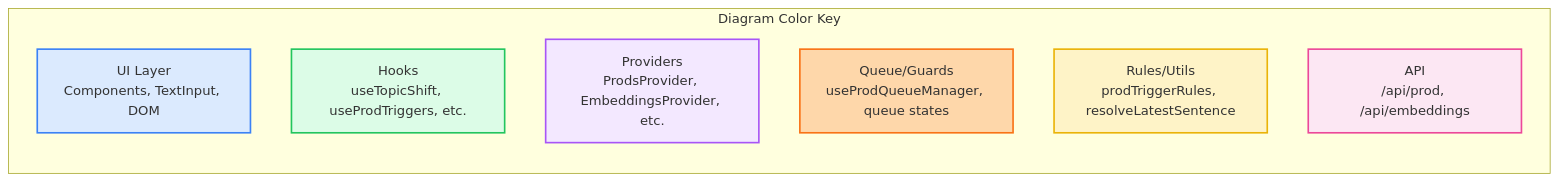
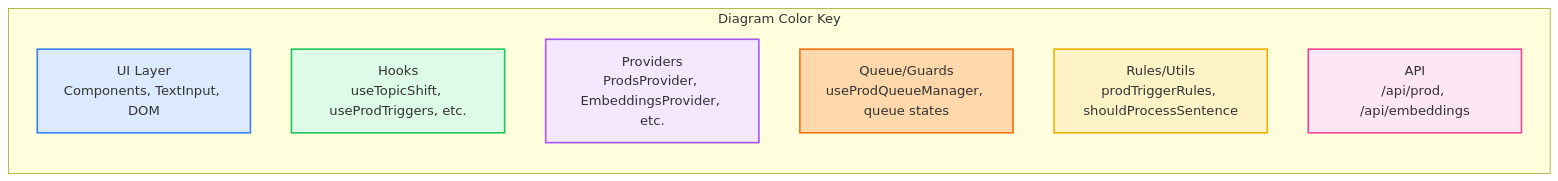
One commit to andreicstoica/refract changed the diagram in docs/diagrams/color-key.mmd. Above: the diagram before and after it, drawn with Mermaid. The commit also changed 4 other files, not shown here.

```diff
--- a/docs/diagrams/color-key.mmd
+++ b/docs/diagrams/color-key.mmd
@@ -1,17 +1,17 @@
 flowchart LR
   classDef uiClass fill:#dbeafe,stroke:#3b82f6,stroke-width:2px
   classDef hookClass fill:#dcfce7,stroke:#22c55e,stroke-width:2px
   classDef providerClass fill:#f3e8ff,stroke:#a855f7,stroke-width:2px
   classDef queueClass fill:#fed7aa,stroke:#f97316,stroke-width:2px
   classDef ruleClass fill:#fef3c7,stroke:#eab308,stroke-width:2px
   classDef apiClass fill:#fce7f3,stroke:#ec4899,stroke-width:2px
 
   subgraph ColorKey["Diagram Color Key"]
     direction TB
     UI["UI Layer<br/>Components, TextInput, DOM"]:::uiClass
     Hooks["Hooks<br/>useTopicShift, useProdTriggers, etc."]:::hookClass
     Providers["Providers<br/>ProdsProvider, EmbeddingsProvider, etc."]:::providerClass
     Queue["Queue/Guards<br/>useProdQueueManager, queue states"]:::queueClass
-    Rules["Rules/Utils<br/>prodTriggerRules, resolveLatestSentence"]:::ruleClass
+    Rules["Rules/Utils<br/>prodTriggerRules, shouldProcessSentence"]:::ruleClass
     API["API<br/>/api/prod, /api/embeddings"]:::apiClass
   end
```
